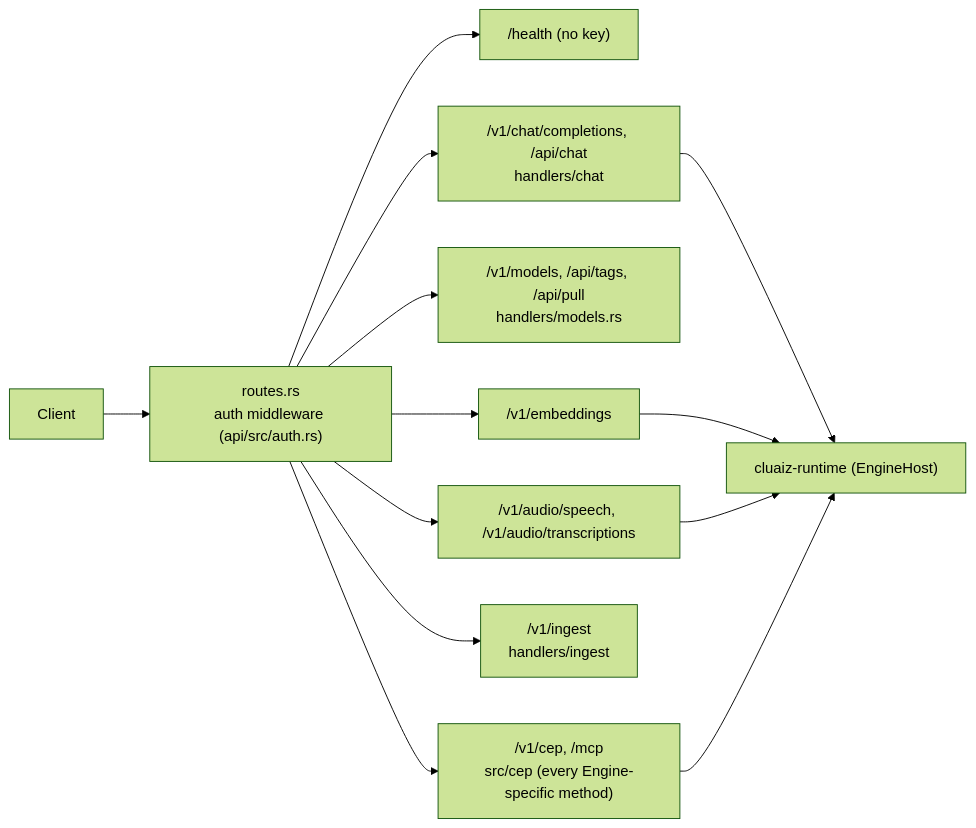
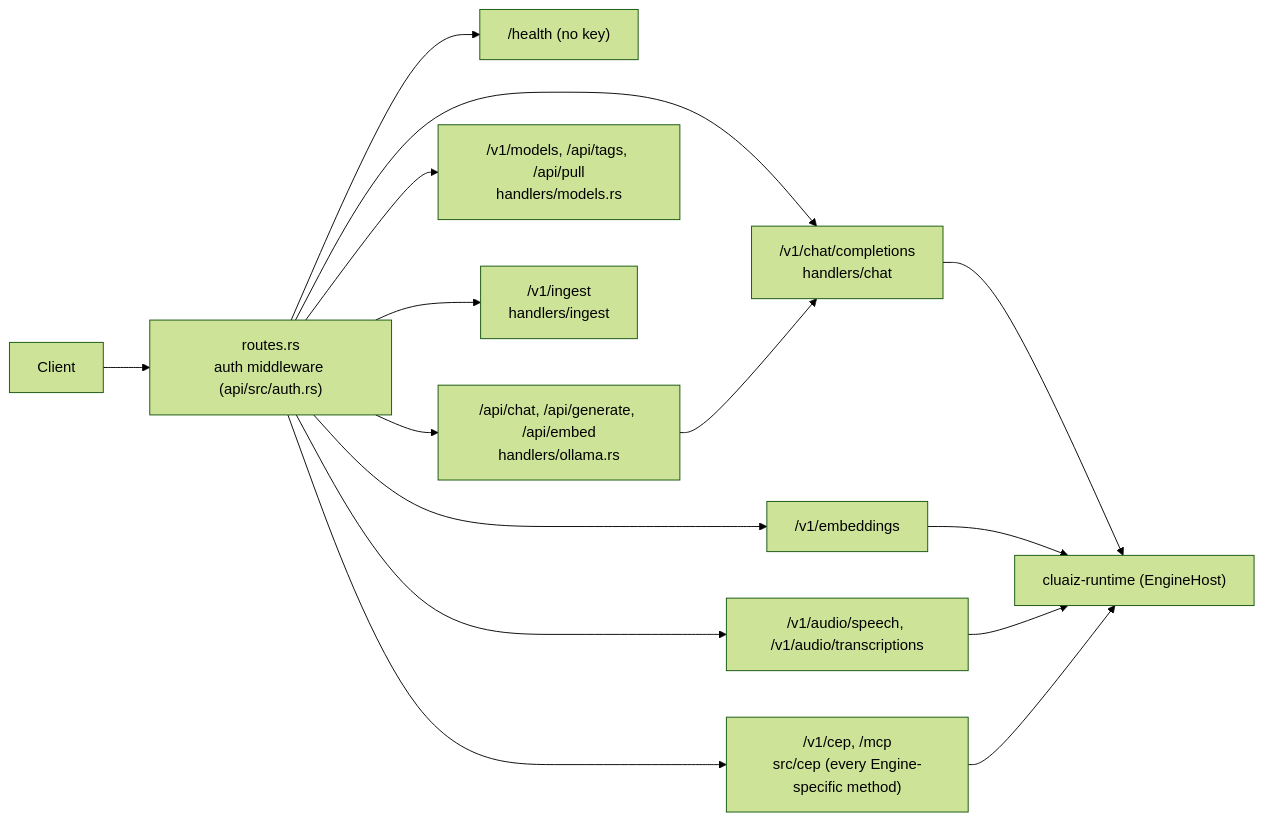
Before and after one commit to cluaiz/cluaiz: the first of 5 diagrams in api/README.md, drawn with Mermaid (forest theme). The commit also changed other lines of this file and 20 other files, not shown here.

Commit message:
feat(api): Ollama's /api/chat, /api/generate, /api/embed and /api/version in Ollama's shape; the Ollama Python library works (run 36)

````diff
--- a/api/README.md
+++ b/api/README.md
@@ -17,15 +17,16 @@
 ```mermaid
 graph LR
     C["Client"] --> R["routes.rs<br/>auth middleware (api/src/auth.rs)"]
     R --> H["/health (no key)"]
-    R --> OAI["/v1/chat/completions, /api/chat<br/>handlers/chat"]
+    R --> OAI["/v1/chat/completions<br/>handlers/chat"]
+    R --> OLL["/api/chat, /api/generate, /api/embed<br/>handlers/ollama.rs"] --> OAI
     R --> M["/v1/models, /api/tags, /api/pull<br/>handlers/models.rs"]
     R --> E["/v1/embeddings"]
     R --> A["/v1/audio/speech, /v1/audio/transcriptions"]
     R --> I["/v1/ingest<br/>handlers/ingest"]
     R --> CEP["/v1/cep, /mcp<br/>src/cep (every Engine-specific method)"]
     OAI --> RT["cluaiz-runtime (EngineHost)"]
     E --> RT
     A --> RT
     CEP --> RT
 ```
````
